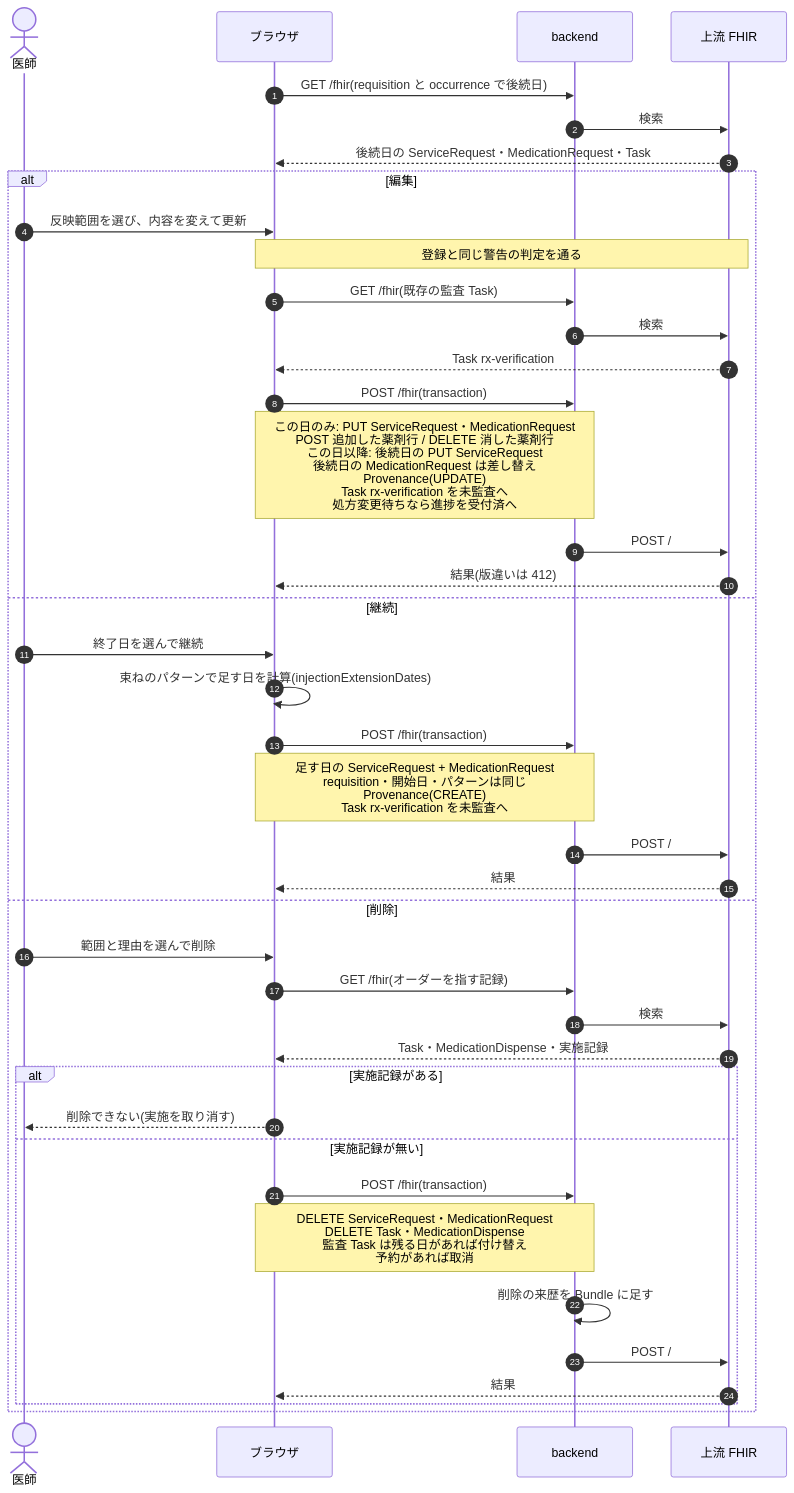
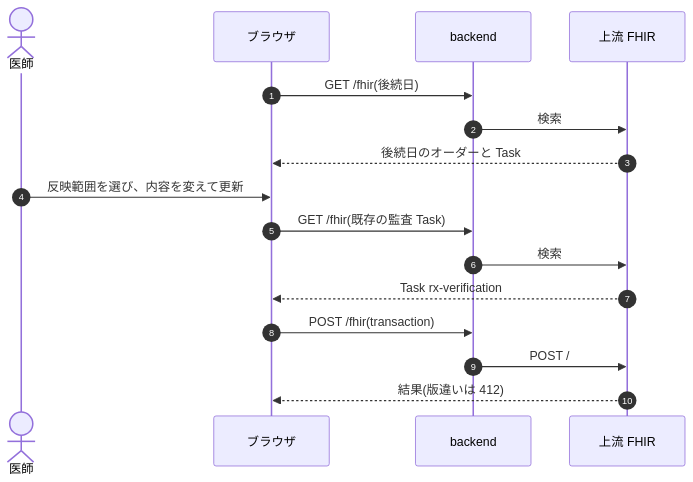
One commit to ysnr-dev/fhir-client-docs changed the second of 9 diagrams in docs/dev/injection.md. Above: the diagram before and after it, drawn with Mermaid. The commit also changed other lines of this file and 43 other files, not shown here.

Commit message:
docs: 業務フローとシーケンス図を写し直し

````diff
--- a/docs/dev/injection.md
+++ b/docs/dev/injection.md
@@ -67,44 +123,19 @@
 ```mermaid
 sequenceDiagram
   autonumber
   actor Dr as 医師
   participant UI as ブラウザ
   participant BE as backend
   participant FHIR as 上流 FHIR
 
-  UI->>BE: GET /fhir(requisition と occurrence で後続日)
+  UI->>BE: GET /fhir(後続日)
   BE->>FHIR: 検索
-  FHIR-->>UI: 後続日の ServiceRequest・MedicationRequest・Task
-  alt 編集
-    Dr->>UI: 反映範囲を選び、内容を変えて更新
-    Note over UI,FHIR: 登録と同じ警告の判定を通る
-    UI->>BE: GET /fhir(既存の監査 Task)
-    BE->>FHIR: 検索
-    FHIR-->>UI: Task rx-verification
-    UI->>BE: POST /fhir(transaction)
-    Note over UI,BE: この日のみ: PUT ServiceRequest・MedicationRequest<br/>POST 追加した薬剤行 / DELETE 消した薬剤行<br/>この日以降: 後続日の PUT ServiceRequest<br/>後続日の MedicationRequest は差し替え<br/>Provenance(UPDATE)<br/>Task rx-verification を未監査へ<br/>処方変更待ちなら進捗を受付済へ
-    BE->>FHIR: POST /
-    FHIR-->>UI: 結果(版違いは 412)
-  else 継続
-    Dr->>UI: 終了日を選んで継続
-    UI->>UI: 束ねのパターンで足す日を計算(injectionExtensionDates)
-    UI->>BE: POST /fhir(transaction)
-    Note over UI,BE: 足す日の ServiceRequest + MedicationRequest<br/>requisition・開始日・パターンは同じ<br/>Provenance(CREATE)<br/>Task rx-verification を未監査へ
-    BE->>FHIR: POST /
-    FHIR-->>UI: 結果
-  else 削除
-    Dr->>UI: 範囲と理由を選んで削除
-    UI->>BE: GET /fhir(オーダーを指す記録)
-    BE->>FHIR: 検索
-    FHIR-->>UI: Task・MedicationDispense・実施記録
-    alt 実施記録がある
-      UI-->>Dr: 削除できない(実施を取り消す)
-    else 実施記録が無い
-      UI->>BE: POST /fhir(transaction)
-      Note over UI,BE: DELETE ServiceRequest・MedicationRequest<br/>DELETE Task・MedicationDispense<br/>監査 Task は残る日があれば付け替え<br/>予約があれば取消
-      BE->>BE: 削除の来歴を Bundle に足す
-      BE->>FHIR: POST /
-      FHIR-->>UI: 結果
-    end
-  end
+  FHIR-->>UI: 後続日のオーダーと Task
+  Dr->>UI: 反映範囲を選び、内容を変えて更新
+  UI->>BE: GET /fhir(既存の監査 Task)
+  BE->>FHIR: 検索
+  FHIR-->>UI: Task rx-verification
+  UI->>BE: POST /fhir(transaction)
+  BE->>FHIR: POST /
+  FHIR-->>UI: 結果(版違いは 412)
 ```
````
